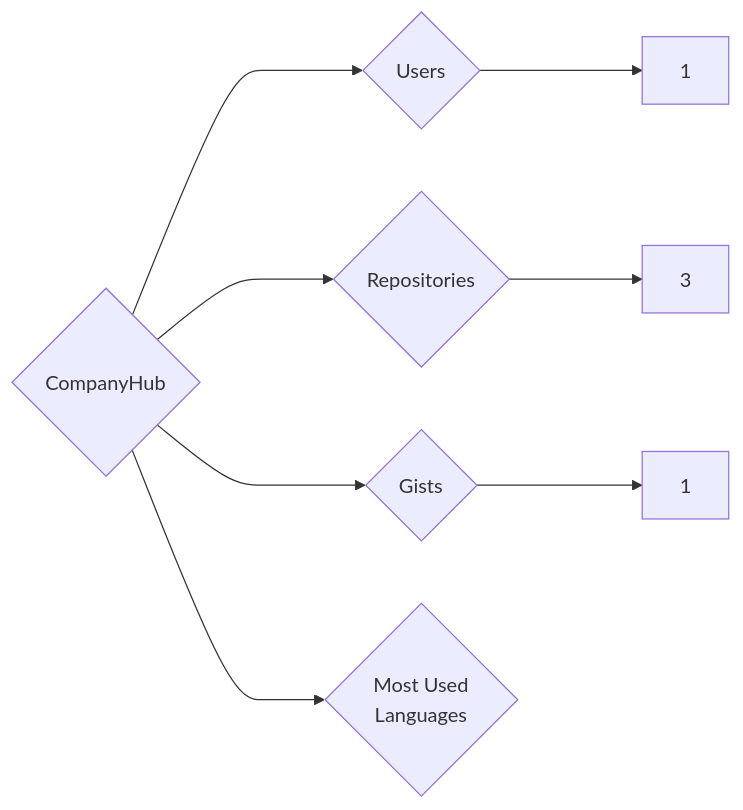
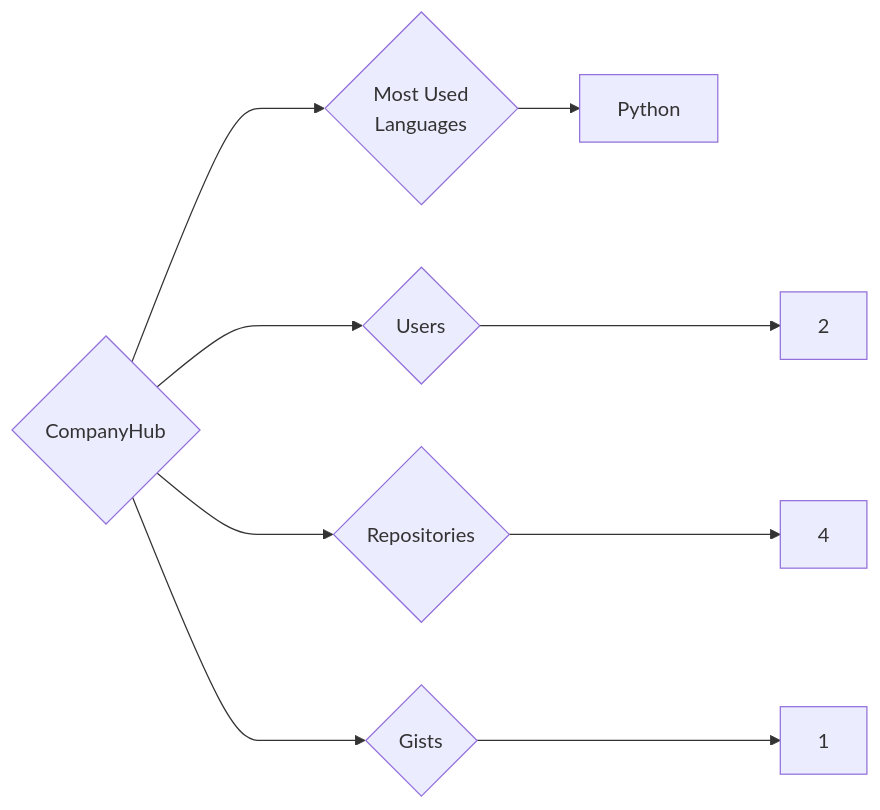
One commit to trickest/insiders changed the diagram in targets/CompanyHub/README.md. Above: the diagram before and after it, drawn with Mermaid. The commit also changed 985 other files, not shown here.

````diff
--- a/targets/CompanyHub/README.md
+++ b/targets/CompanyHub/README.md
@@ -3,8 +3,9 @@
 ```mermaid
 graph LR
 COMPANY_NAME{CompanyHub}
-COMPANY_NAME ---> U{Users} ---> UN[1]
-COMPANY_NAME ---> R{Repositories} ---> RN[3]
+COMPANY_NAME ---> U{Users} ---> UN[2]
+COMPANY_NAME ---> R{Repositories} ---> RN[4]
 COMPANY_NAME ---> G{Gists} ---> GN[1]
 COMPANY_NAME ---> ML{Most Used<br>Languages}
+ML --> Python[Python]
 ```
````
